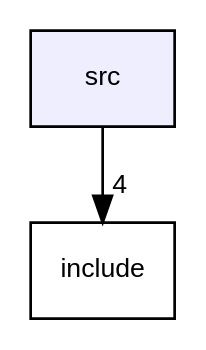
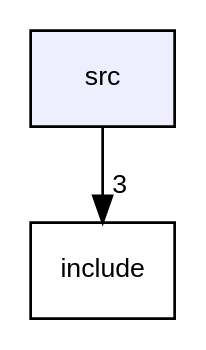
One commit to Alexmnzlms/panorama_extended changed the diagram in dir_68267d1309a1af8e8297ef4c3efbcdba_dep.dot. Above: the diagram before and after it, drawn with Graphviz. The commit also changed 195 other files, not shown here.

```diff
--- a/dir_68267d1309a1af8e8297ef4c3efbcdba_dep.dot
+++ b/dir_68267d1309a1af8e8297ef4c3efbcdba_dep.dot
@@ -1,8 +1,8 @@
 digraph "src" {
   compound=true
   node [ fontsize="10", fontname="Helvetica"];
   edge [ labelfontsize="10", labelfontname="Helvetica"];
   dir_68267d1309a1af8e8297ef4c3efbcdba [shape=box, label="src", style="filled", fillcolor="#eeeeff", pencolor="black", URL="dir_68267d1309a1af8e8297ef4c3efbcdba.html"];
   dir_d44c64559bbebec7f509842c48db8b23 [shape=box label="include" URL="dir_d44c64559bbebec7f509842c48db8b23.html"];
-  dir_68267d1309a1af8e8297ef4c3efbcdba->dir_d44c64559bbebec7f509842c48db8b23 [headlabel="4", labeldistance=1.5 headhref="dir_000002_000001.html"];
+  dir_68267d1309a1af8e8297ef4c3efbcdba->dir_d44c64559bbebec7f509842c48db8b23 [headlabel="3", labeldistance=1.5 headhref="dir_000002_000001.html"];
 }
```
